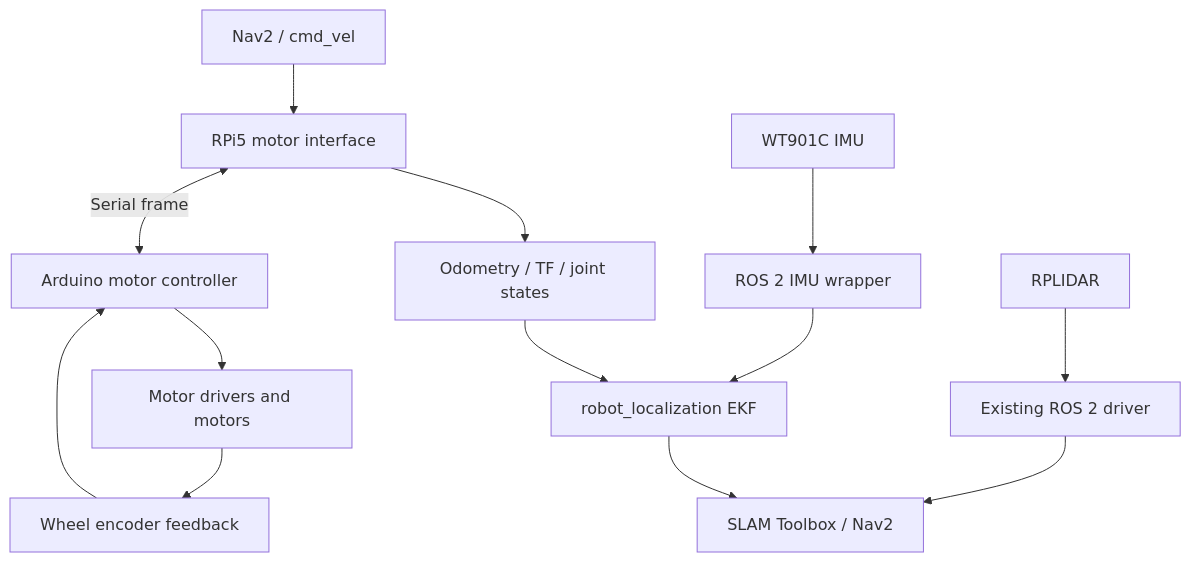
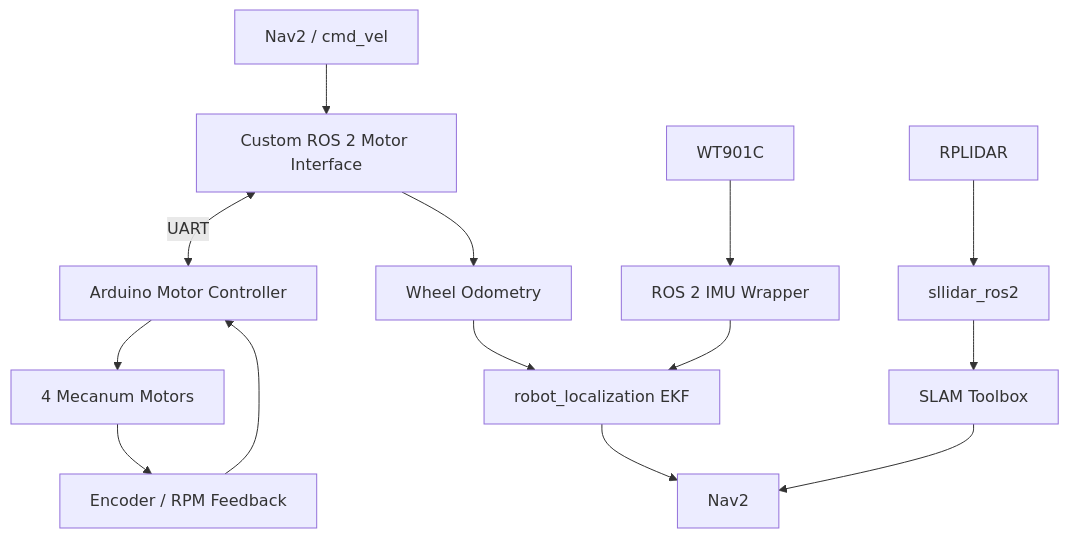
Before and after one commit to Nyamkani/kss_mecanum_ros: the diagram in README.md, drawn with Mermaid. The commit also changed other lines of this file, not shown here.

Commit message:
Refine README to clarify implemented ROS 2 scope

````diff
--- a/README.md
+++ b/README.md
@@ -30,15 +26,19 @@
 ```mermaid
 flowchart TD
-    N["Nav2 / cmd_vel"] --> R["RPi5 motor interface"]
-    R <-->|"Serial frame"| A["Arduino motor controller"]
-    A --> M["Motor drivers and motors"]
-    M --> E["Wheel encoder feedback"]
-    E --> A
-    I["WT901C IMU"] --> R2["ROS 2 IMU wrapper"]
-    L["RPLIDAR"] --> L2["Existing ROS 2 driver"]
-    R --> O["Odometry / TF / joint states"]
-    R2 --> F["robot_localization EKF"]
-    O --> F
-    L2 --> S["SLAM Toolbox / Nav2"]
-    F --> S
+    N["Nav2 / cmd_vel"] --> MOTOR_NODE["Custom ROS 2 Motor Interface"]
+    MOTOR_NODE <-->|"UART"| ARDUINO["Arduino Motor Controller"]
+    ARDUINO --> MOTORS["4 Mecanum Motors"]
+    MOTORS --> ENCODER["Encoder / RPM Feedback"]
+    ENCODER --> ARDUINO
+
+    IMU["WT901C"] --> IMU_NODE["ROS 2 IMU Wrapper"]
+    LIDAR["RPLIDAR"] --> LIDAR_NODE["sllidar_ros2"]
+
+    MOTOR_NODE --> WODOM["Wheel Odometry"]
+    IMU_NODE --> RL["robot_localization EKF"]
+    WODOM --> RL
+
+    LIDAR_NODE --> SLAM["SLAM Toolbox"]
+    RL --> NAV["Nav2"]
+    SLAM --> NAV
 ```
````
